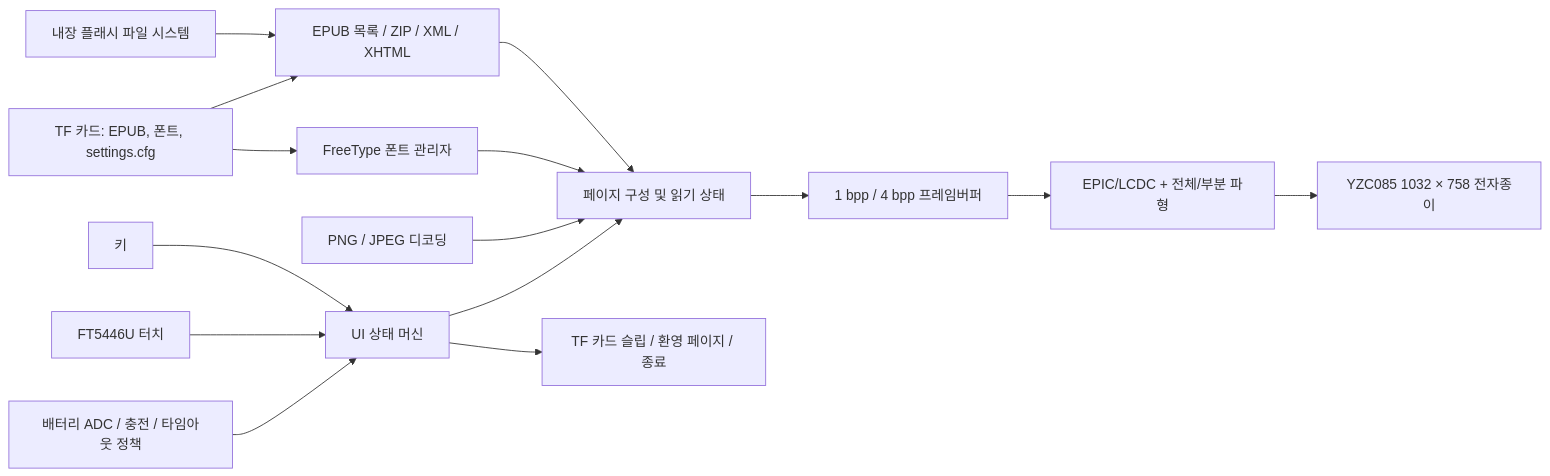
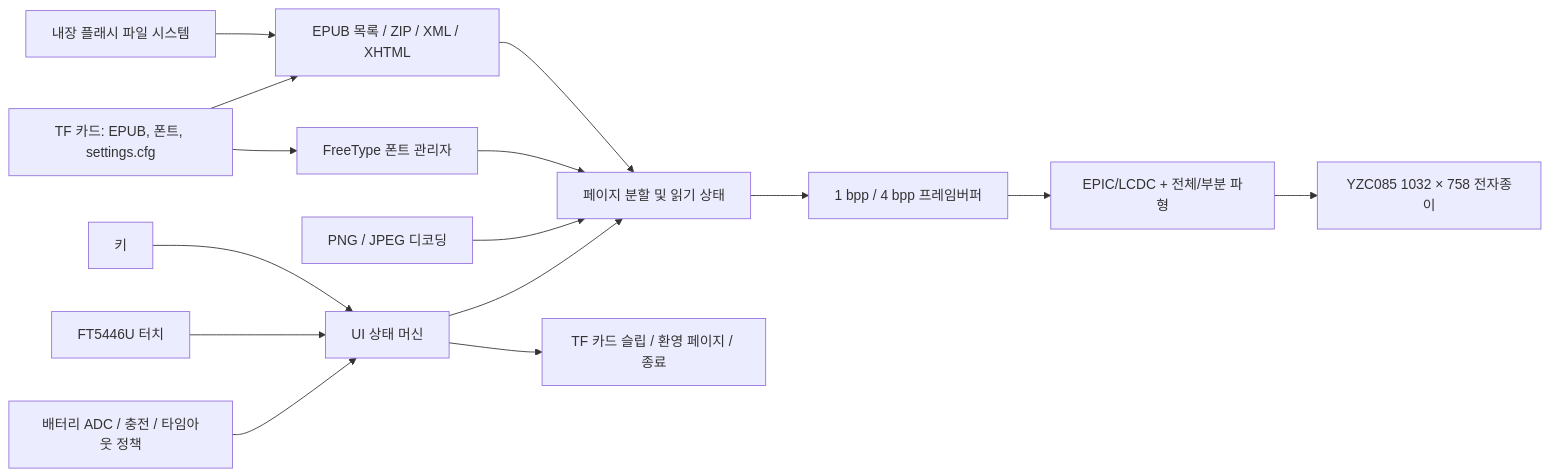
Before and after one commit to uForge-io/uforge-site: the diagram in docs_ko/projects/sf32-epd-reader.md, drawn with Mermaid. The commit also changed other lines of this file and 500 other files, not shown here.

````diff
--- a/docs_ko/projects/sf32-epd-reader.md
+++ b/docs_ko/projects/sf32-epd-reader.md
@@ -122,17 +122,17 @@
 ```mermaid
 flowchart LR
     FS["내장 플래시 파일 시스템"] --> EL["EPUB 목록 / ZIP / XML / XHTML"]
     SD["TF 카드: EPUB, 폰트, settings.cfg"] --> EL
     SD --> FM["FreeType 폰트 관리자"]
-    EL --> LO["페이지 구성 및 읽기 상태"]
+    EL --> LO["페이지 분할 및 읽기 상태"]
     FM --> LO
     IM["PNG / JPEG 디코딩"] --> LO
     BTN["키"] --> UI["UI 상태 머신"]
     TP["FT5446U 터치"] --> UI
     UI --> LO
     LO --> FB["1 bpp / 4 bpp 프레임버퍼"]
     FB --> EPD["EPIC/LCDC + 전체/부분 파형"]
     EPD --> PANEL["YZC085 1032 × 758 전자종이"]
     BAT["배터리 ADC / 충전 / 타임아웃 정책"] --> UI
     UI --> PM["TF 카드 슬립 / 환영 페이지 / 종료"]
 ```
````
